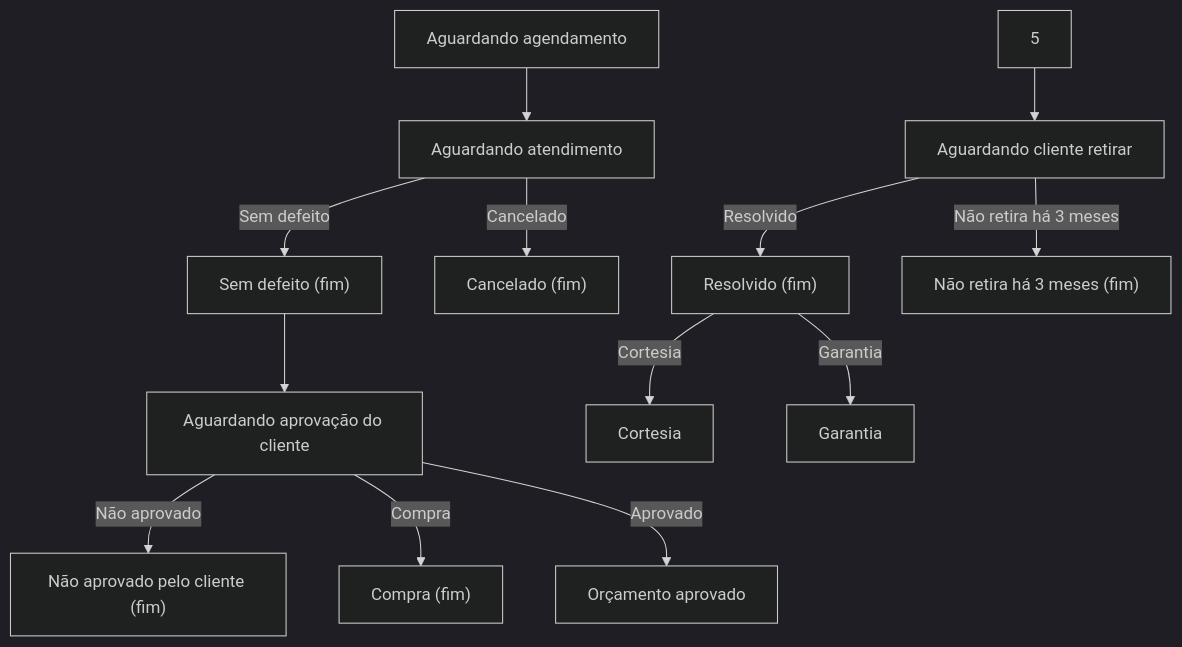
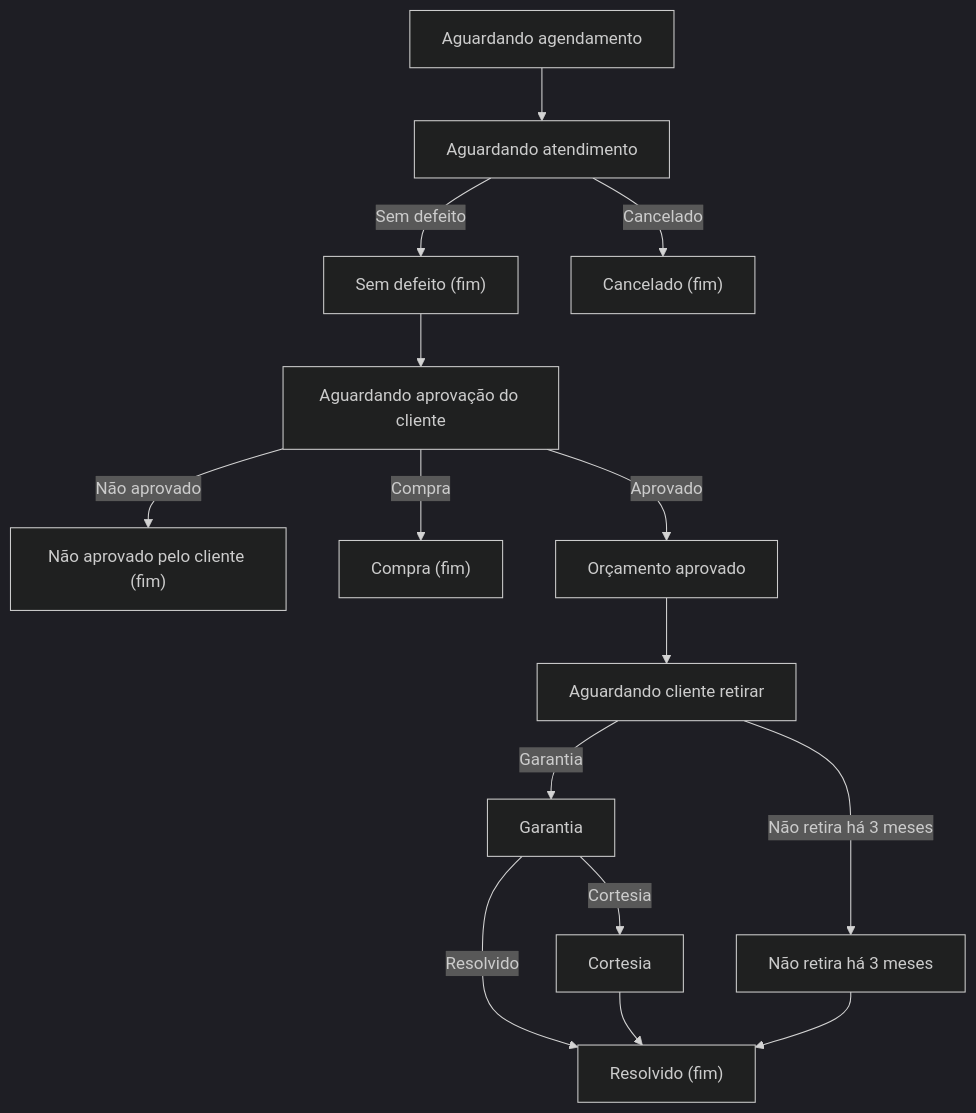
One commit to LucasBonato/ServOeste-Aplicativo changed the first of 5 diagrams in README.md. Above: the diagram before and after it, drawn with Mermaid (dark theme). The commit also changed other lines of this file and 35 other files, not shown here.

````diff
--- a/README.md
+++ b/README.md
@@ -43,20 +43,21 @@
 ```mermaid
 flowchart TD
     1[Aguardando agendamento] --> 2[Aguardando atendimento]
     2 -->|Sem defeito| 3["Sem defeito (fim)"]
     2 -->|Cancelado| 3.1["Cancelado (fim)"]
 
     3 --> 4[Aguardando aprovação do cliente]
 
     4 -->|Não aprovado| 5.1["Não aprovado pelo cliente (fim)"]
     4 -->|Compra| 5.2["Compra (fim)"]
     4 -->|Aprovado| 5.3[Orçamento aprovado]
 
-    5 --> 6[Aguardando cliente retirar]
+    5.3 --> 6[Aguardando cliente retirar]
+    6 -->|Não retira há 3 meses| 7.1[Não retira há 3 meses]
+    6 -->|Garantia| 7.2[Garantia]
 
-    6 -->|Resolvido| 7["Resolvido (fim)"]
-    6 -->|Não retira há 3 meses| 7.1["Não retira há 3 meses (fim)"]
-
-    7 -->|Cortesia| 8.1[Cortesia]
-    7 -->|Garantia| 8.2[Garantia]
+    7.2 -->|Cortesia| 8[Cortesia]
+    7.2 -->|Resolvido| 9["Resolvido (fim)"]
+    8 --> 9["Resolvido (fim)"]
+    7.1 --> 9["Resolvido (fim)"]
 ```
````
